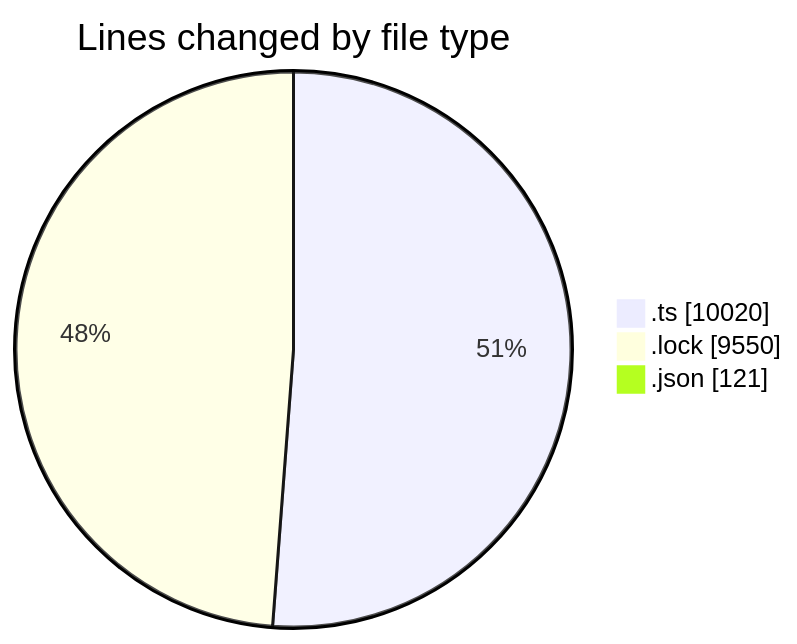
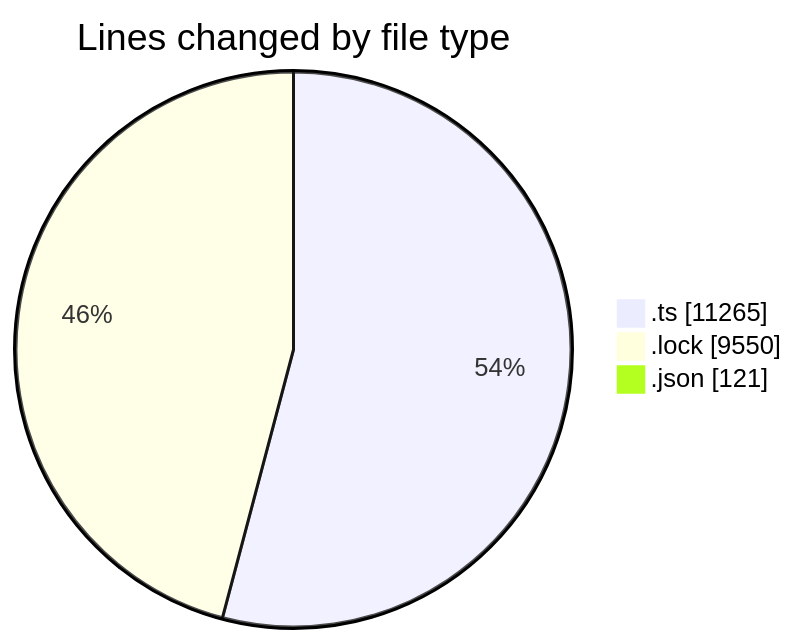
Before and after one commit to momahboobian/code-tracking: the first of 2 diagrams in 2025-10-30/cda/README.md, drawn with Mermaid. The commit also changed other lines of this file and 1 other file, not shown here.

````diff
--- a/2025-10-30/cda/README.md
+++ b/2025-10-30/cda/README.md
@@ -28,7 +28,7 @@
 ```mermaid
 pie showData
 title Lines changed by file type
-".ts" : 10020
+".ts" : 11265
 ".lock" : 9550
 ".json" : 121
 ```
````
